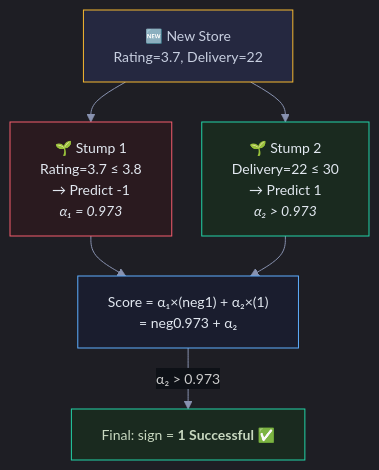
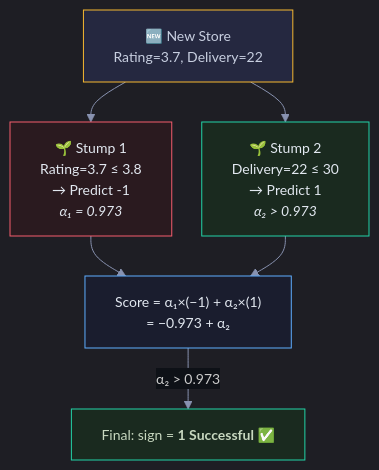
Diagram 17 of 28 in Documents/Visual_Guides/ML_Concepts/Bagging_and_Boosting_Visual.md (snehith1234/StudyCircle), drawn with Mermaid before and after one commit. The commit also changed other lines of this file and 7 other files, not shown here.

Commit message:
Fix minus/neg in Mermaid: use proper − symbol instead of words

````diff
--- a/Documents/Visual_Guides/ML_Concepts/Bagging_and_Boosting_Visual.md
+++ b/Documents/Visual_Guides/ML_Concepts/Bagging_and_Boosting_Visual.md
@@ -529,19 +529,19 @@
 ```mermaid
 %%{init: {'theme': 'dark', 'themeVariables': {'darkMode': true, 'background': '#0e1117', 'primaryColor': '#1a1d2e', 'primaryTextColor': '#e2e8f0', 'primaryBorderColor': '#2d3148', 'lineColor': '#8892b0', 'secondaryColor': '#252840', 'tertiaryColor': '#1a1d2e', 'fontSize': '14px', 'edgeLabelBackground': '#0e1117'}, 'flowchart': {'nodeSpacing': 30, 'rankSpacing': 40, 'padding': 15, 'htmlLabels': true}}}%%
 graph TD
     INPUT["🆕 New Store<br/>Rating=3.7, Delivery=22"] --> S1P & S2P
 
     S1P["🌱 Stump 1<br/>Rating=3.7 ≤ 3.8<br/>→ Predict -1<br/><i>α₁ = 0.973</i>"]
     S2P["🌱 Stump 2<br/>Delivery=22 ≤ 30<br/>→ Predict 1<br/><i>α₂ > 0.973</i>"]
 
-    S1P --> COMBINE["Score = α₁×(neg1) + α₂×(1)<br/>= neg0.973 + α₂"]
+    S1P --> COMBINE["Score = α₁×(−1) + α₂×(1)<br/>= −0.973 + α₂"]
     S2P --> COMBINE
 
     COMBINE -->|"α₂ > 0.973"| FINAL["Final: sign = <b>1 Successful ✅</b>"]
 
     style INPUT fill:#252840,stroke:#f5b731,color:#c8cfe0
     style S1P fill:#2a1a1f,stroke:#f45d6d,color:#e2e8f0
     style S2P fill:#1a2a1f,stroke:#22d3a7,color:#e2e8f0
     style COMBINE fill:#1a1d2e,stroke:#5eaeff,color:#e2e8f0
     style FINAL fill:#1a2a1f,stroke:#22d3a7,color:#c8d8c0
 ```
````
